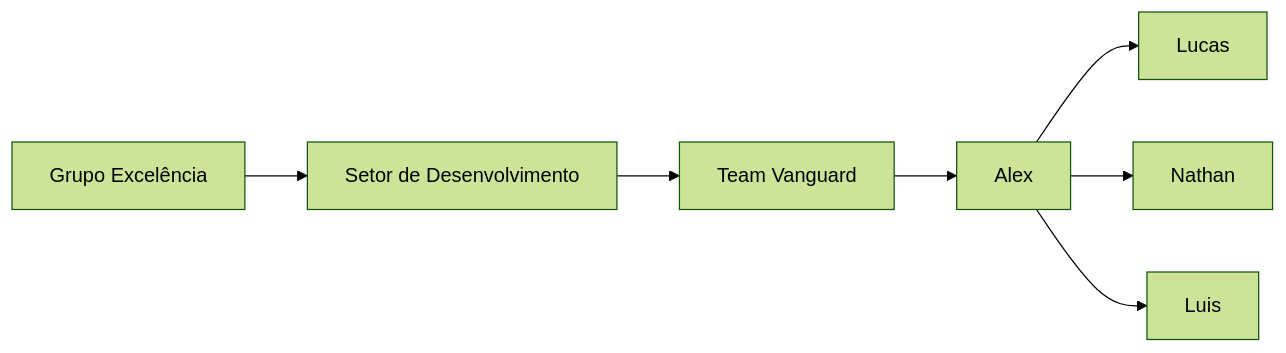
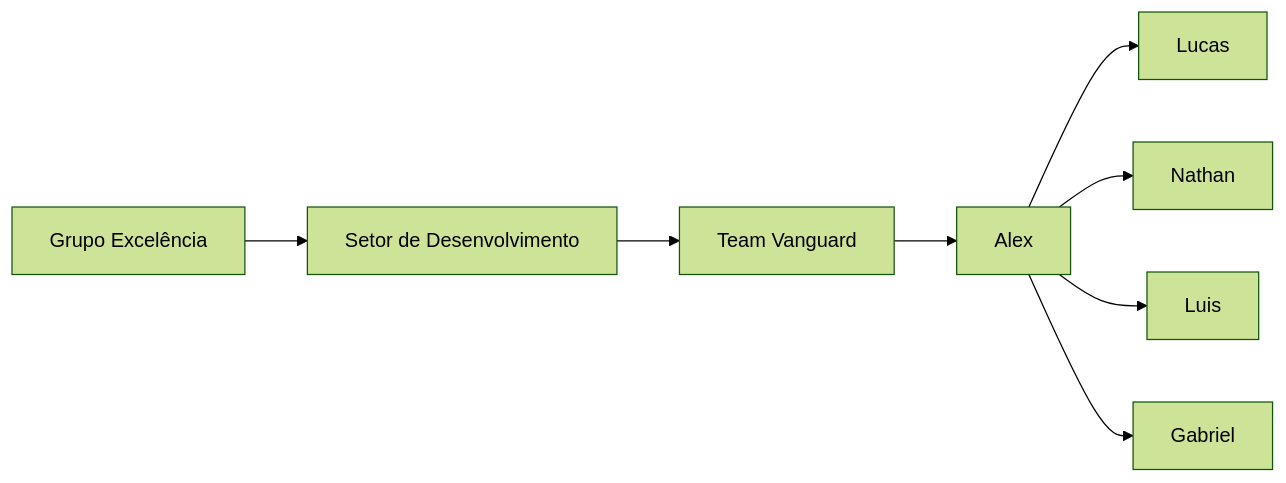
Before and after one commit to excelenciavanguard/.github: the first of 2 diagrams in profile/README.md, drawn with Mermaid (forest theme).

````diff
--- a/profile/README.md
+++ b/profile/README.md
@@ -53,17 +53,20 @@
 ```mermaid
 flowchart LR
     GE[Grupo Excelência]
     DV[Setor de Desenvolvimento]
     TV[Team Vanguard]
     A1[Alex]
     L1[Luis]
     N1[Nathan]
     L2[Lucas]
+    G1[Gabriel]
 
     GE --> DV --> TV
     TV --> A1
     A1 --> L2
     A1 --> N1
     A1 --> L1
+    A1 --> G1
+
 
 ```
````
